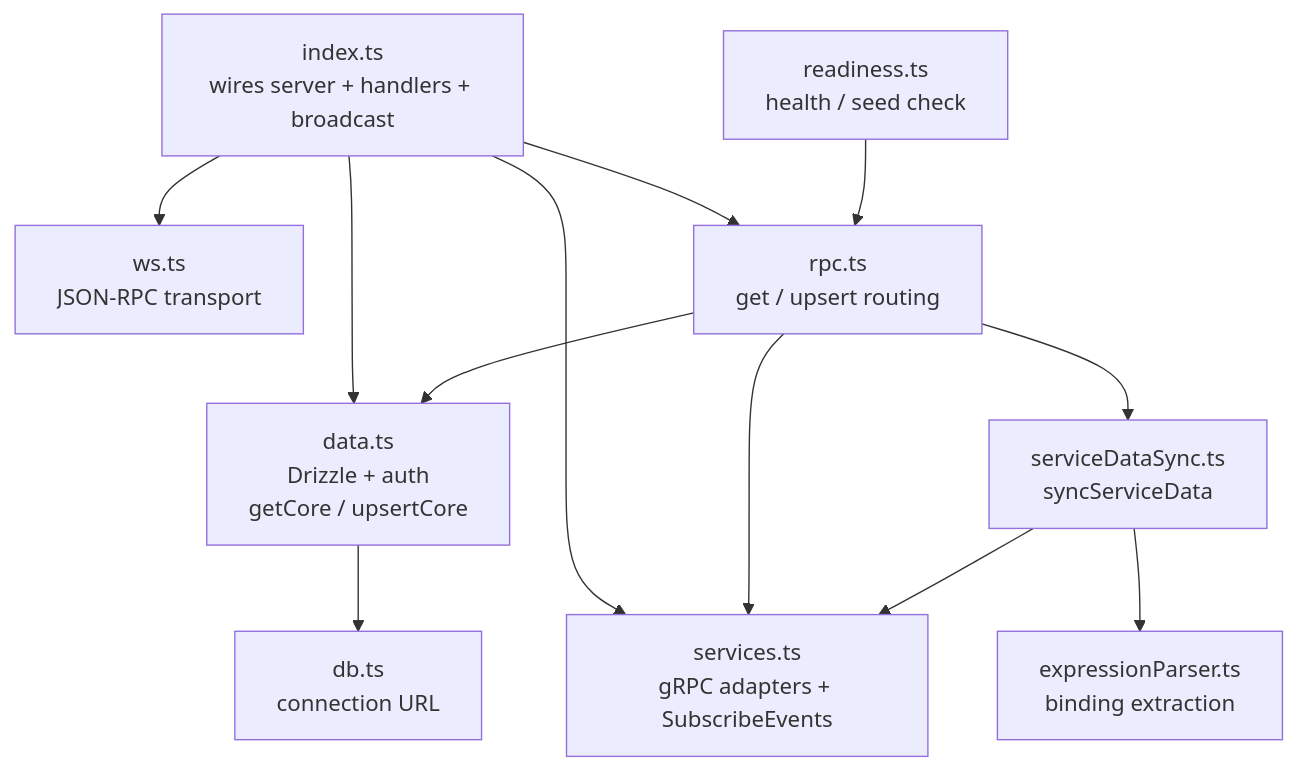
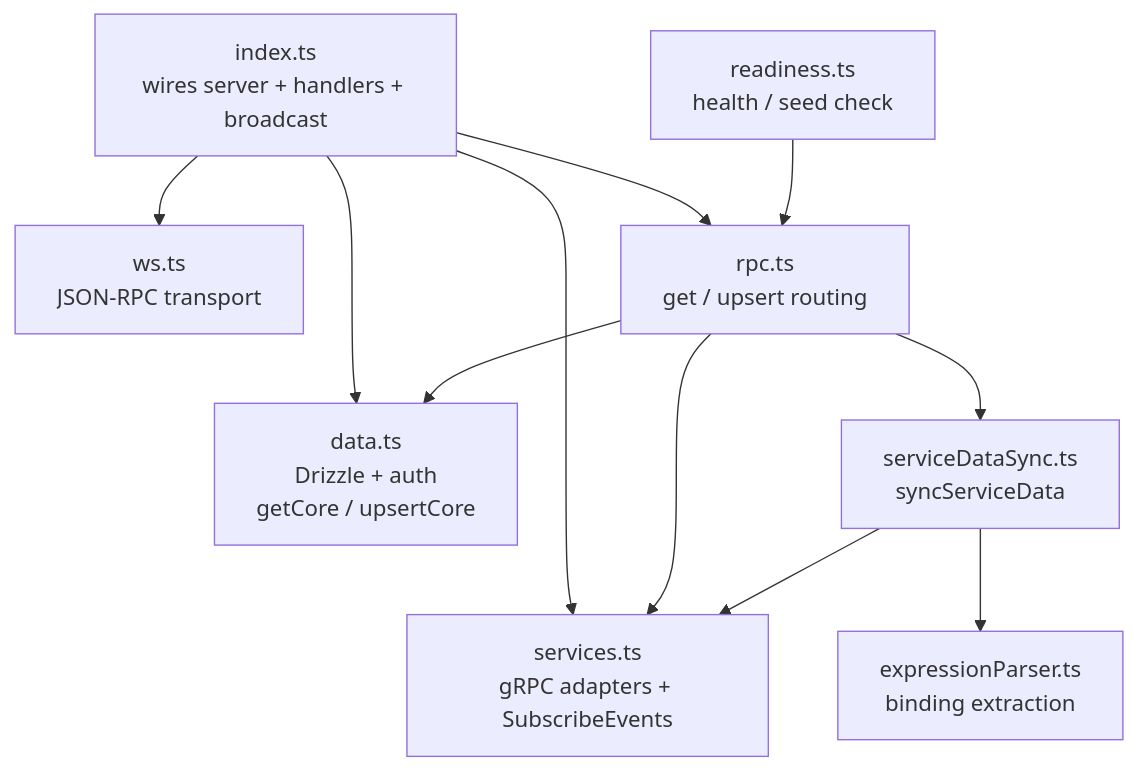
One commit to EVY-Platform/evy changed the third of 3 diagrams in api/README.md. Above: the diagram before and after it, drawn with Mermaid. The commit also changed other lines of this file, not shown here.

````diff
--- a/api/README.md
+++ b/api/README.md
@@ -96,24 +96,22 @@
 ```mermaid
 flowchart TD
     index[index.ts<br/>wires server + handlers + broadcast]
     ws[ws.ts<br/>JSON-RPC transport]
     rpc[rpc.ts<br/>get / upsert routing]
     data[data.ts<br/>Drizzle + auth<br/>getCore / upsertCore]
-    db[db.ts<br/>connection URL]
     services[services.ts<br/>gRPC adapters + SubscribeEvents]
     serviceDataSync[serviceDataSync.ts<br/>syncServiceData]
     expressionParser[expressionParser.ts<br/>binding extraction]
     readiness[readiness.ts<br/>health / seed check]
 
     index --> ws
     index --> rpc
     index --> data
     index --> services
     rpc --> data
     rpc --> services
     rpc --> serviceDataSync
     serviceDataSync --> services
     serviceDataSync --> expressionParser
-    data --> db
     readiness --> rpc
 ```
````
